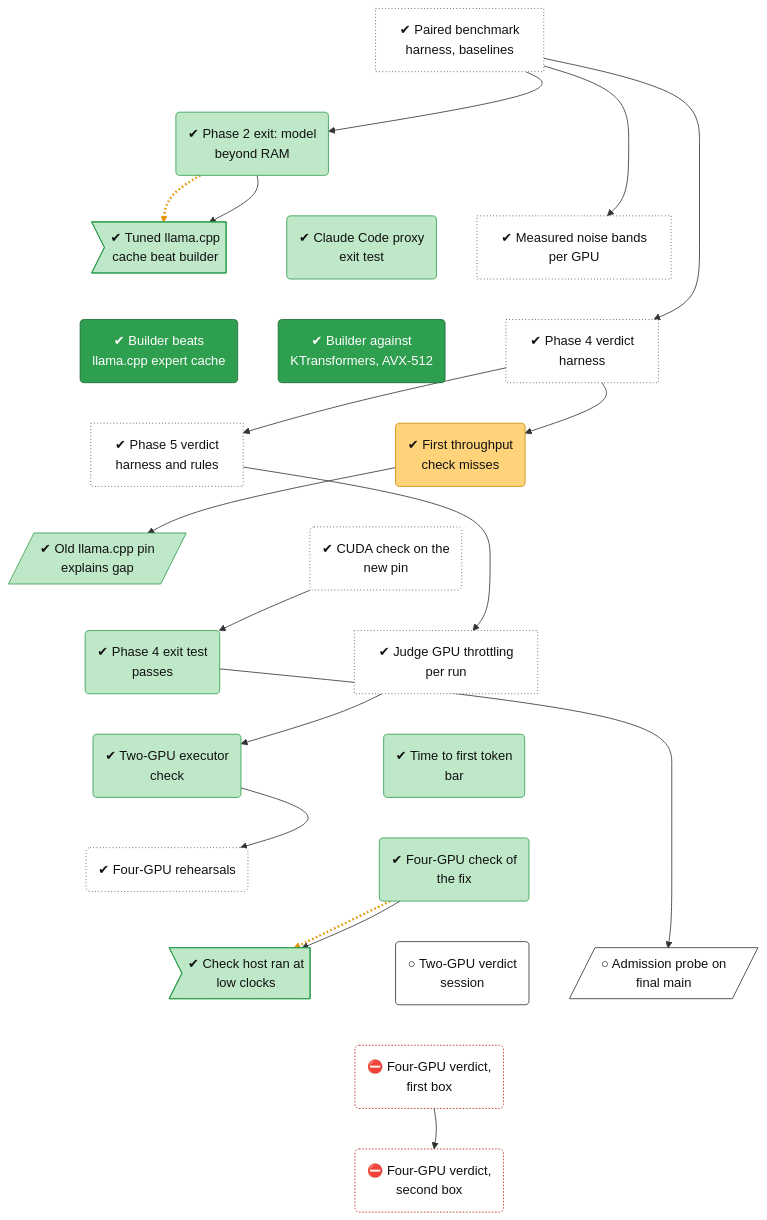
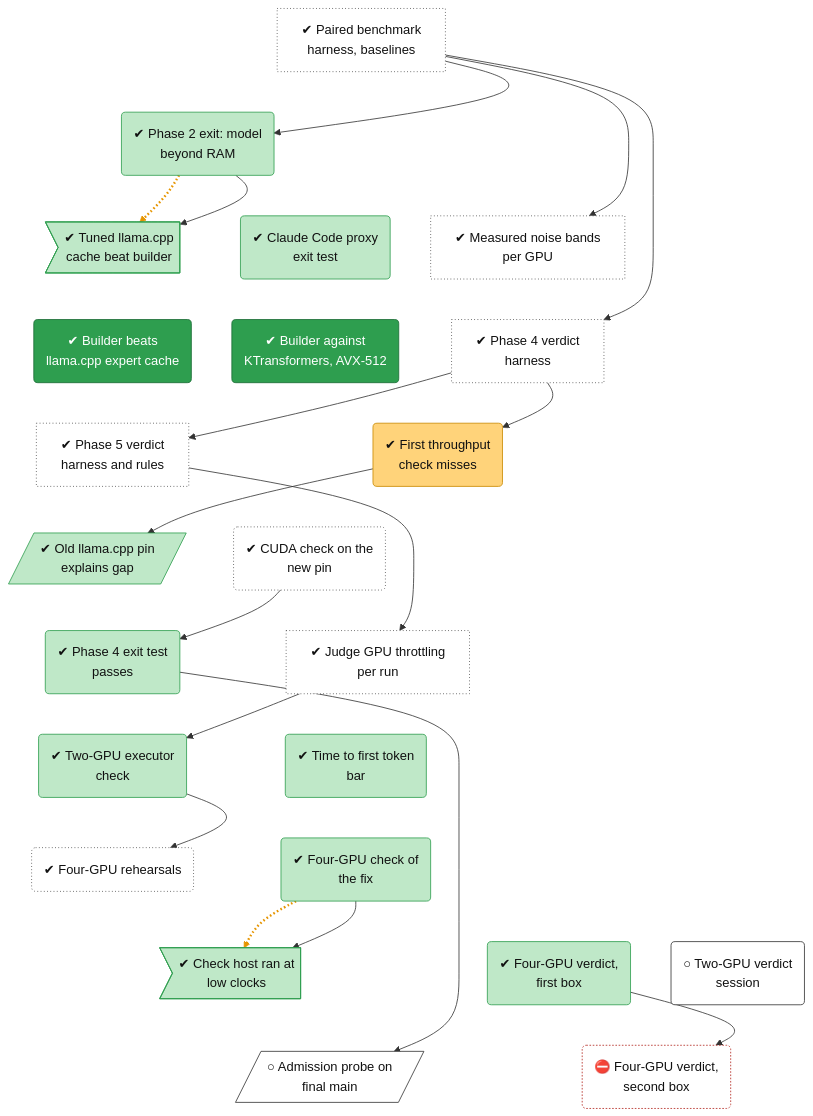
The diagram in docs/roadmap/tracks/bench.md (lhns/tetraeder), drawn with Mermaid before and after one commit. The commit also changed other lines of this file and 485 other files, not shown here.

Commit message:
v4a-20261121: D4 and M4 pass on host 20210 (box 61850705); tree nodes bench-v4a-verdict done, planner-cost-model-v5 done

````diff
--- a/docs/roadmap/tracks/bench.md
+++ b/docs/roadmap/tracks/bench.md
@@ -28,9 +28,9 @@
     bench_s3_rehearsal("✔ Four-GPU rehearsals")
     bench_s3f2("✔ Four-GPU check of<br/>the fix")
     bench_defect_s3f2_clock>"✔ Check host ran at<br/>low clocks"]
+    bench_v4a_verdict("✔ Four-GPU verdict,<br/>first box")
     bench_v2_verdict("○ Two-GPU verdict<br/>session")
     bench_d2a_probe[/"○ Admission probe on<br/>final main"/]
-    bench_v4a_verdict("⛔ Four-GPU verdict,<br/>first box")
     bench_v4b_verdict("⛔ Four-GPU verdict,<br/>second box")
     bench_harness ~~~ bench_phase2_exit
     bench_phase2_exit ~~~ bench_defect_tuned_cache
@@ -51,12 +51,11 @@
     bench_s2_step0 ~~~ bench_s3_rehearsal
     bench_ttft ~~~ bench_s3f2
     bench_s3_rehearsal ~~~ bench_defect_s3f2_clock
+    bench_s3f2 ~~~ bench_v4a_verdict
     bench_s3f2 ~~~ bench_v2_verdict
-    bench_s3f2 ~~~ bench_d2a_probe
-    bench_defect_s3f2_clock ~~~ bench_v4a_verdict
-    bench_v2_verdict ~~~ bench_v4a_verdict
-    bench_d2a_probe ~~~ bench_v4a_verdict
+    bench_defect_s3f2_clock ~~~ bench_d2a_probe
     bench_v4a_verdict ~~~ bench_v4b_verdict
+    bench_v2_verdict ~~~ bench_v4b_verdict
     bench_harness --> bench_phase2_exit
     bench_phase2_exit -.-> bench_defect_tuned_cache
     bench_phase2_exit --> bench_defect_tuned_cache
@@ -73,7 +72,7 @@
     bench_s3f2 --> bench_defect_s3f2_clock
     bench_phase4_exit --> bench_d2a_probe
     bench_v4a_verdict --> bench_v4b_verdict
-    linkStyle 26,37 stroke:#e69500,stroke-width:3px,stroke-dasharray:2 3
+    linkStyle 25,36 stroke:#e69500,stroke-width:3px,stroke-dasharray:2 3
     classDef vsucc fill:#2e9e4f,stroke:#1b6b34,color:#fff
     classDef succ fill:#bfe8c8,stroke:#2e9e4f,color:#111
     classDef mixed fill:#ffd37a,stroke:#c98a00,color:#111
@@ -89,9 +88,9 @@
     classDef finding fill:#ffe0b2,stroke:#d84315,stroke-width:2px,color:#111
     classDef waiting fill:#e3f2fd,stroke:#1f6fc5,stroke-dasharray:5 5,color:#111
     class bench_harness,bench_noise_bands,bench_phase4_harness,bench_phase5_harness,bench_pin_confirm,bench_throttle_rules,bench_s3_rehearsal unrated
-    class bench_phase2_exit,bench_defect_tuned_cache,bench_phase3b_proxy,bench_pin_ab,bench_phase4_exit,bench_s2_step0,bench_ttft,bench_s3f2,bench_defect_s3f2_clock succ
+    class bench_phase2_exit,bench_defect_tuned_cache,bench_phase3b_proxy,bench_pin_ab,bench_phase4_exit,bench_s2_step0,bench_ttft,bench_s3f2,bench_defect_s3f2_clock,bench_v4a_verdict succ
     class bench_m1_point1,bench_m1_point3 vsucc
     class bench_d2a_rerun mixed
     class bench_v2_verdict,bench_d2a_probe next
-    class bench_v4a_verdict,bench_v4b_verdict blocked
+    class bench_v4b_verdict blocked
 ```
````
